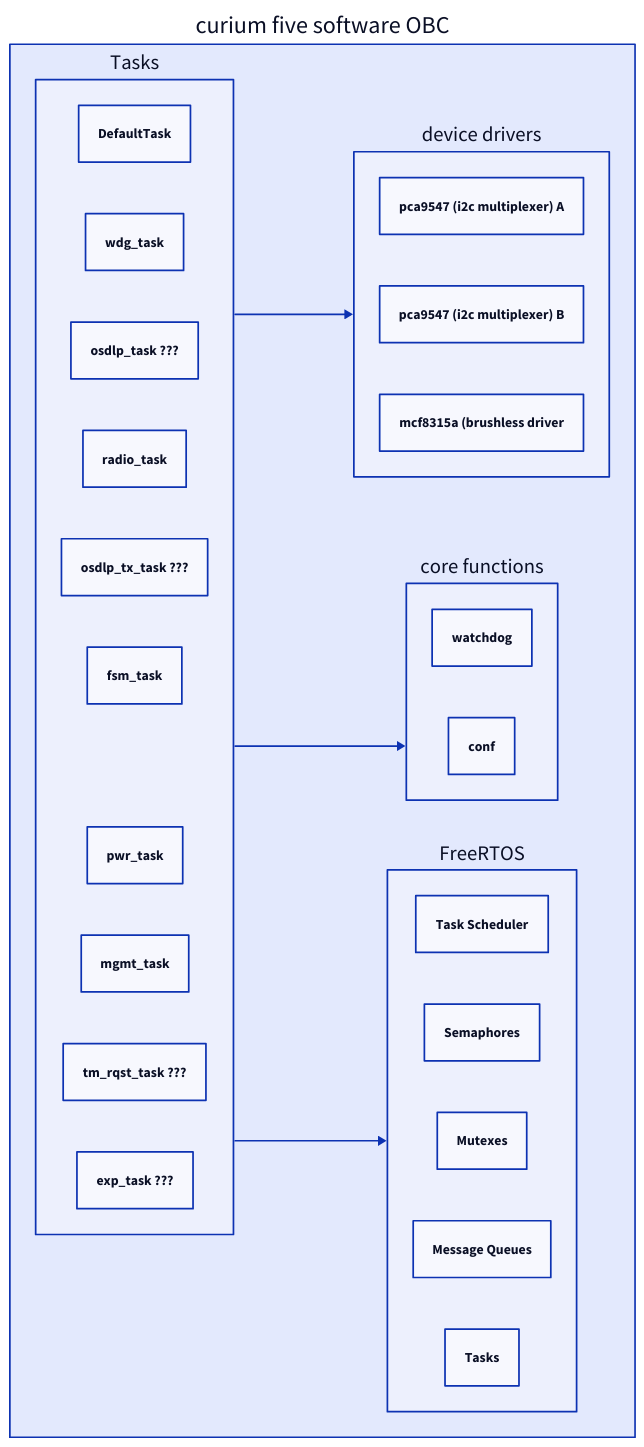
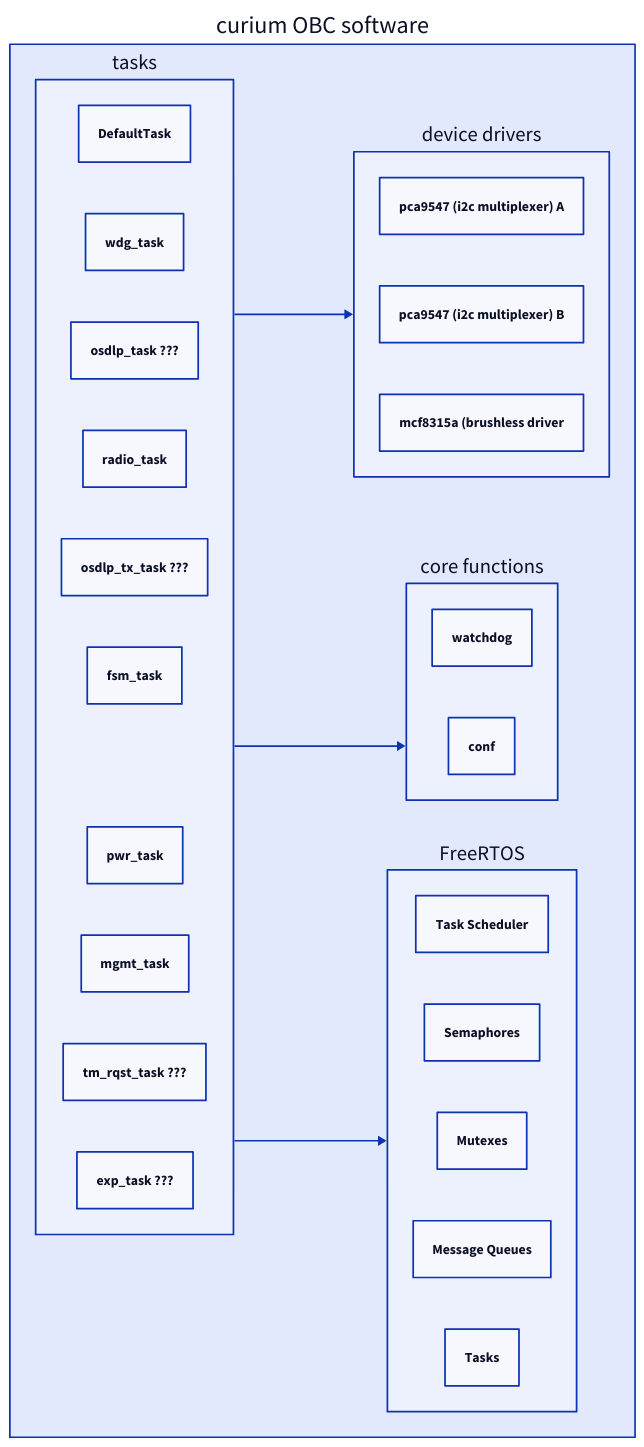
Before and after one commit to Curium-Five/software-diagram: the diagram in software-diagram.d2, drawn with D2.

```diff
--- a/software-diagram.d2
+++ b/software-diagram.d2
@@ -1,34 +1,34 @@
 direction: right
-"curium five software OBC": {
+"curium OBC software": {
   "device drivers": {
     "pca9547 (i2c multiplexer) A"
     "pca9547 (i2c multiplexer) B"
     "mcf8315a (brushless driver"
   }
   "core functions": {
     "watchdog"
     "conf"
   }
-  "Tasks": {
+  "tasks": {
     "DefaultTask"
     "wdg_task"
     "osdlp_task ???"
     "radio_task"
     "osdlp_tx_task ???"
     "fsm_task"
     "pwr_task"
     "mgmt_task"
     "tm_rqst_task ???"
     "exp_task ???"
   }
   "FreeRTOS": {
     "Task Scheduler"
     "Semaphores"
     "Mutexes"
     "Message Queues"
     "Tasks"
   }
-  "Tasks" -> "FreeRTOS"
-  "Tasks" -> "device drivers"
-  "Tasks" -> "core functions"
+  "tasks" -> "FreeRTOS"
+  "tasks" -> "device drivers"
+  "tasks" -> "core functions"
 }
```
